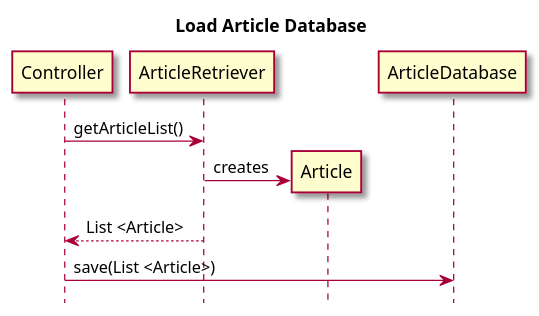
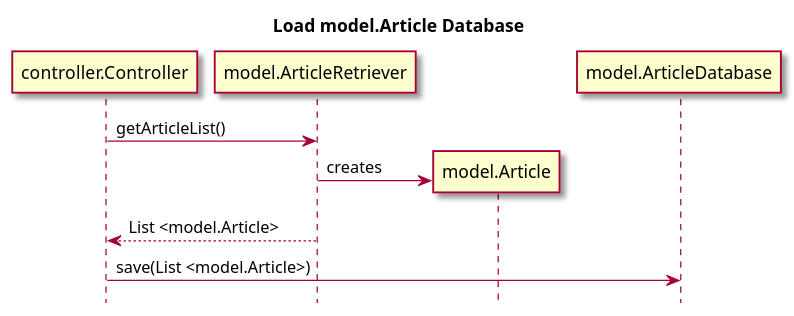
The second of 3 diagrams in intellij/doc/use-cases/access-article.md (owhitleym-ui/EcoScoop), drawn with PlantUML before and after one commit. The commit also changed other lines of this file and 72 other files, not shown here.

Commit message:
Refactored Code to Implemented Model View Controller

````diff
--- a/intellij/doc/use-cases/access-article.md
+++ b/intellij/doc/use-cases/access-article.md
@@ -73,21 +73,21 @@
 ```plantuml
 @startuml
-title Load Article Database
+title Load model.Article Database
 skin rose
 hide footbox
 
-participant Controller as controller
-participant ArticleRetriever as AR 
+participant controller.Controller as controller
+participant model.ArticleRetriever as AR 
 
 controller -> AR : getArticleList()
 
-AR -> Article ** : creates
+AR -> model.Article ** : creates
 
-controller <-- AR : List <Article>
+controller <-- AR : List <model.Article>
 
-participant ArticleDatabase as AD
+participant model.ArticleDatabase as AD
 
-controller -> AD: save(List <Article>)
+controller -> AD: save(List <model.Article>)
 
 @enduml
 ```
````
